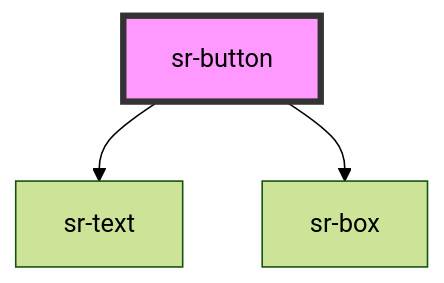
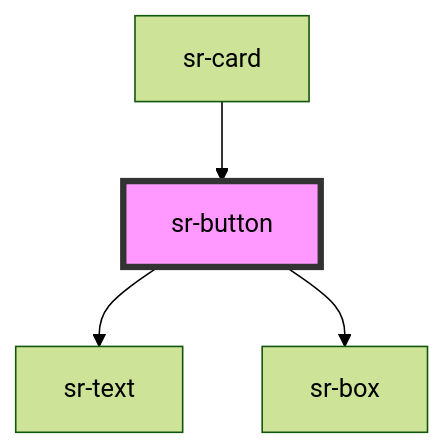
One commit to tonyblu331/spotify-replay-design-system changed the diagram in src/components/form/sr-button/readme.md. Above: the diagram before and after it, drawn with Mermaid (forest theme). The commit also changed other lines of this file and 8 other files, not shown here.

````diff
--- a/src/components/form/sr-button/readme.md
+++ b/src/components/form/sr-button/readme.md
@@ -36,6 +40,7 @@
 ```mermaid
 graph TD;
   sr-button --> sr-text
   sr-button --> sr-box
+  sr-card --> sr-button
   style sr-button fill:#f9f,stroke:#333,stroke-width:4px
 ```
````
